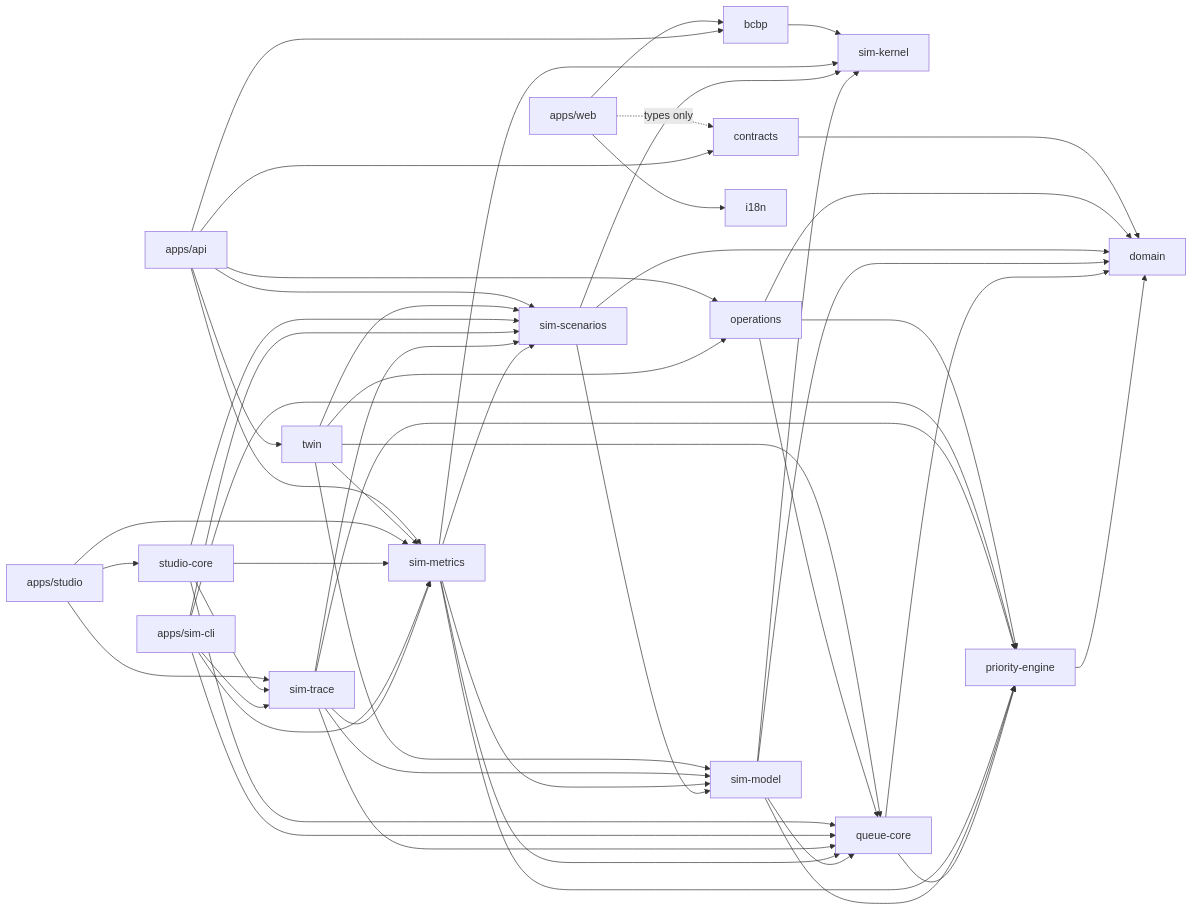
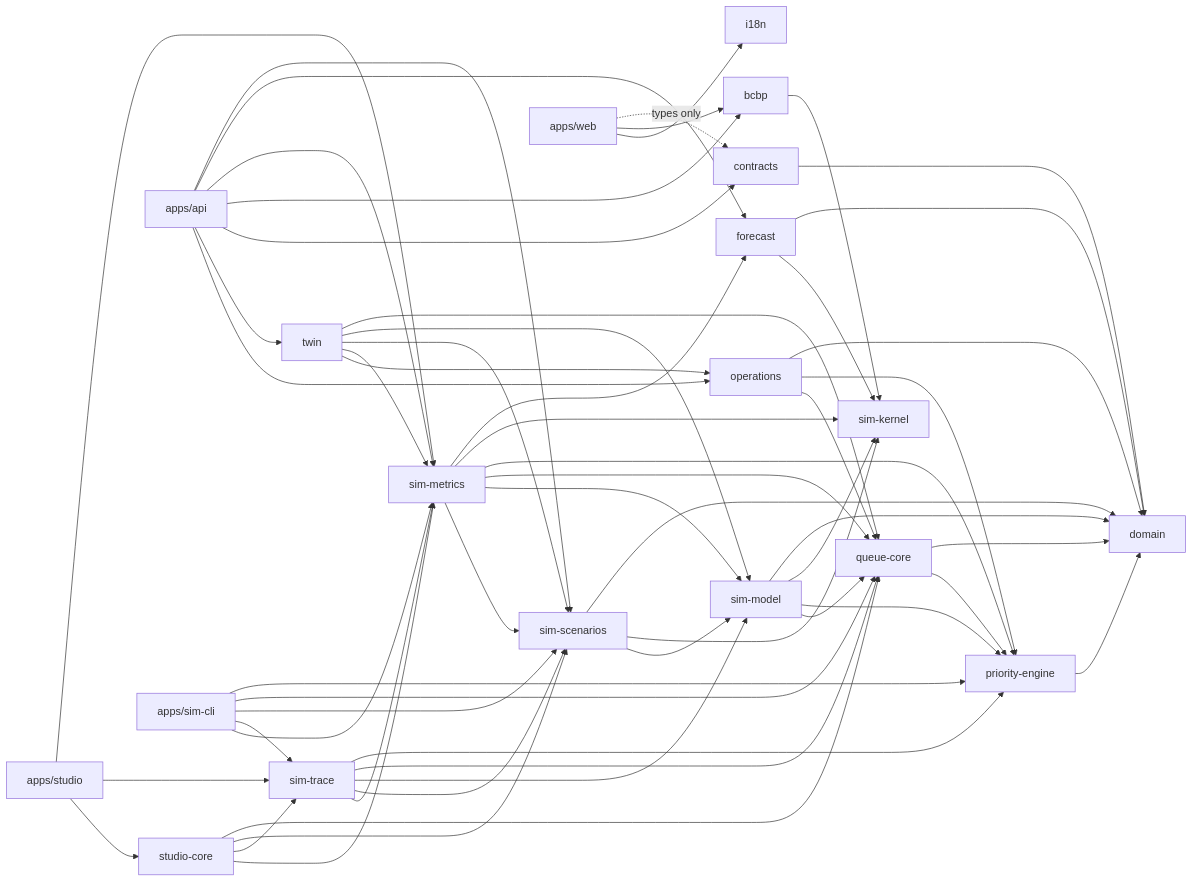
One commit to leviuzz/gaterush changed the first of 7 diagrams in ARCHITECTURE.md. Above: the diagram before and after it, drawn with Mermaid. The commit also changed other lines of this file and 43 other files, not shown here.

````diff
--- a/ARCHITECTURE.md
+++ b/ARCHITECTURE.md
@@ -58,72 +59,77 @@
 ```mermaid
 flowchart LR
   domain["domain"]
   kernel["sim-kernel"]
   engine["priority-engine"]
   queue["queue-core"]
   model["sim-model"]
   scenarios["sim-scenarios"]
   metrics["sim-metrics"]
   trace["sim-trace"]
   studiocore["studio-core"]
   operations["operations"]
+  forecast["forecast"]
   twin["twin"]
   contracts["contracts"]
   bcbp["bcbp"]
   i18n["i18n"]
   api["apps/api"]
   web["apps/web"]
   cli["apps/sim-cli"]
   studio["apps/studio"]
   engine --> domain
   queue --> engine
   queue --> domain
   model --> queue
   model --> engine
   model --> kernel
   model --> domain
   scenarios --> model
   scenarios --> kernel
   scenarios --> domain
   metrics --> scenarios
   metrics --> model
   metrics --> queue
   metrics --> engine
   metrics --> kernel
+  metrics --> forecast
+  forecast --> kernel
+  forecast --> domain
   trace --> metrics
   trace --> scenarios
   trace --> model
   trace --> queue
   trace --> engine
   cli --> metrics
   cli --> trace
   cli --> scenarios
   cli --> queue
   cli --> engine
   studiocore --> metrics
   studiocore --> trace
   studiocore --> scenarios
   studiocore --> queue
   studio --> studiocore
   studio --> trace
   studio --> metrics
   operations --> queue
   operations --> engine
   operations --> domain
   twin --> operations
   twin --> metrics
   twin --> scenarios
   twin --> model
   twin --> queue
   contracts --> domain
   bcbp --> kernel
   api --> operations
   api --> twin
   api --> contracts
   api --> bcbp
   api --> metrics
+  api --> forecast
   api --> scenarios
   web --> i18n
   web --> bcbp
   web -.->|"types only"| contracts
 ```
````
